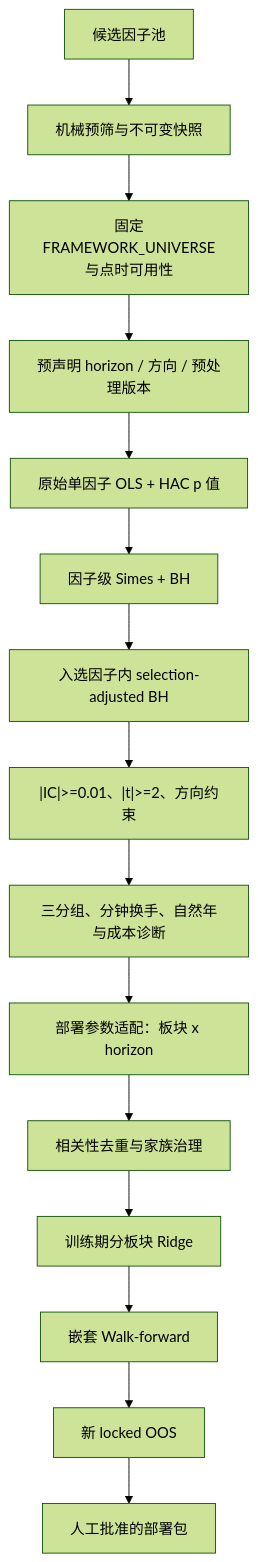
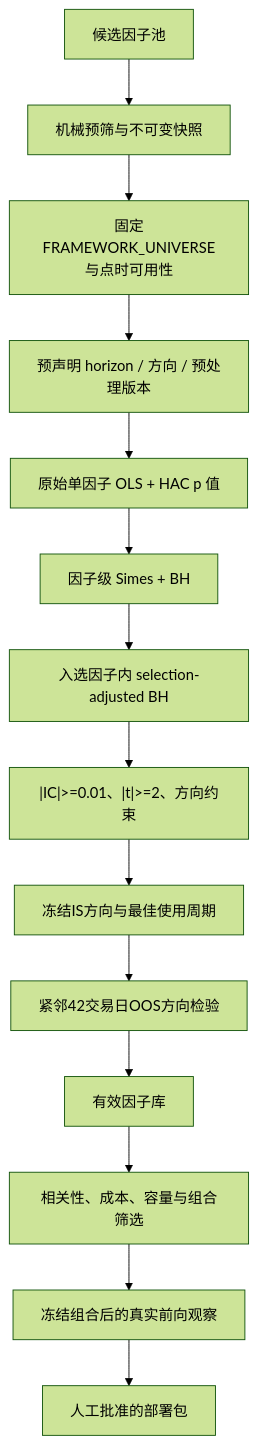
The diagram in docs/因子检验与准入流程.md (mingjie914/multi-factor-futures), drawn with Mermaid (forest theme) before and after one commit. The commit also changed other lines of this file and 53 other files, not shown here.

````diff
--- a/docs/因子检验与准入流程.md
+++ b/docs/因子检验与准入流程.md
@@ -10,17 +15,16 @@
 ```mermaid
 flowchart TD
     A["候选因子池"] --> B["机械预筛与不可变快照"]
     B --> C["固定FRAMEWORK_UNIVERSE与点时可用性"]
     C --> D["预声明 horizon / 方向 / 预处理版本"]
     D --> E["原始单因子 OLS + HAC p 值"]
     E --> F["因子级 Simes + BH"]
     F --> G["入选因子内 selection-adjusted BH"]
     G --> H["|IC|>=0.01、|t|>=2、方向约束"]
-    H --> I["三分组、分钟换手、自然年与成本诊断"]
-    I --> J["部署参数适配：板块 x horizon"]
-    J --> K["相关性去重与家族治理"]
-    K --> L["训练期分板块 Ridge"]
-    L --> M["嵌套 Walk-forward"]
-    M --> N["新 locked OOS"]
-    N --> O["人工批准的部署包"]
+    H --> I["冻结IS方向与最佳使用周期"]
+    I --> J["紧邻42交易日OOS方向检验"]
+    J --> K["有效因子库"]
+    K --> L["相关性、成本、容量与组合筛选"]
+    L --> M["冻结组合后的真实前向观察"]
+    M --> N["人工批准的部署包"]
 ```
````
